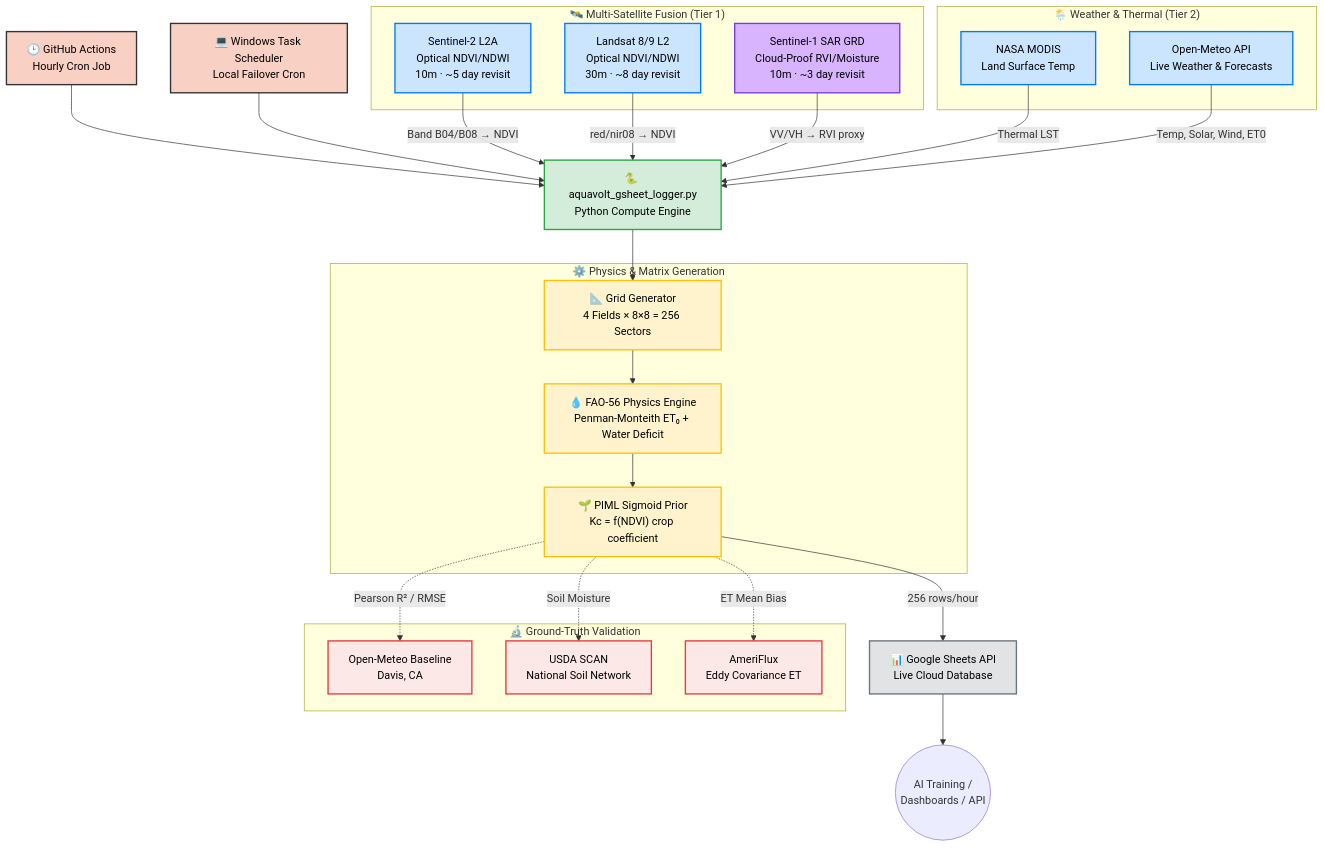
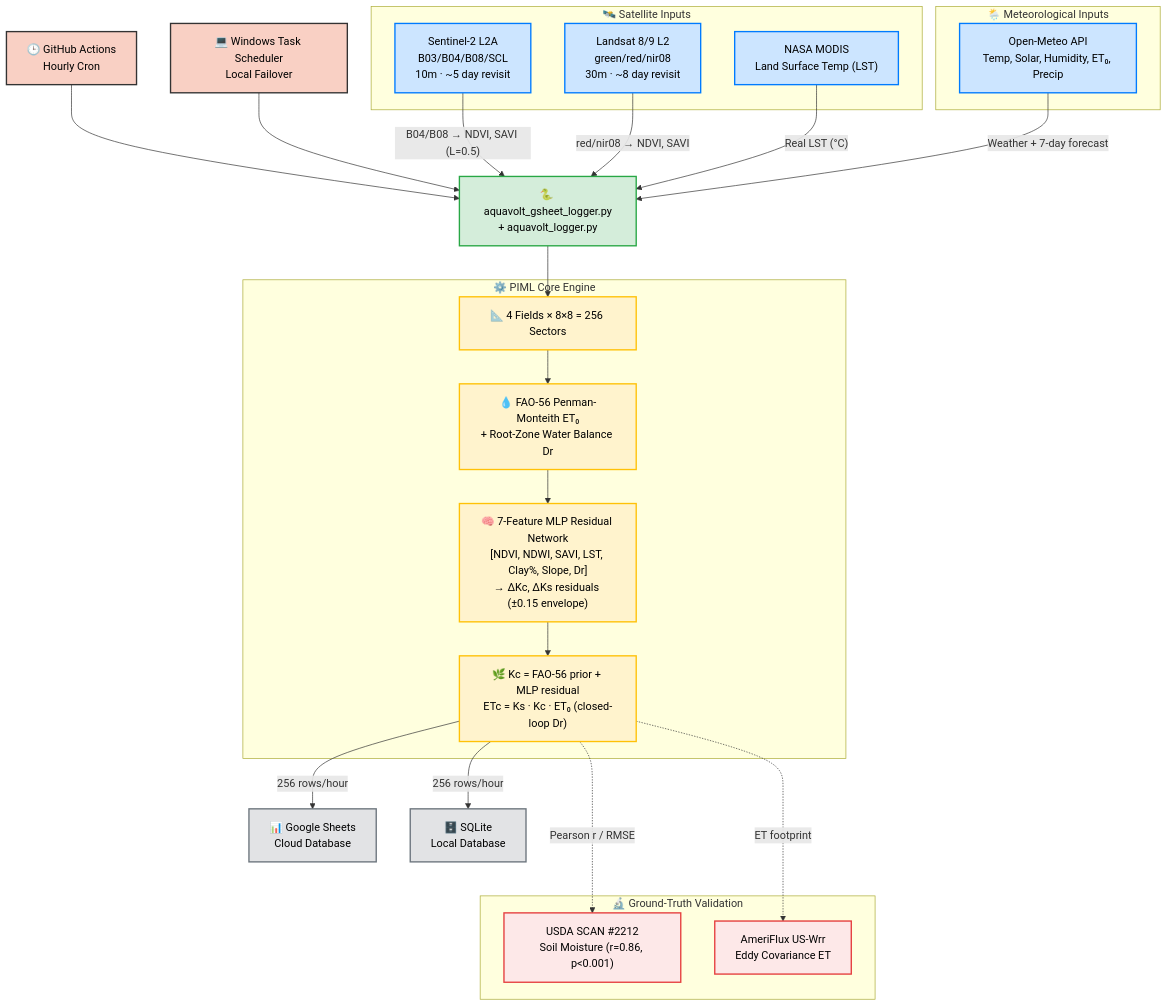
Before and after one commit to umertanveer25/aquavolt-ai-pk: the diagram in README.md, drawn with Mermaid. The commit also changed other lines of this file, not shown here.

Commit message:
docs: gold-standard README with honest validation metrics, correct equations, SCAN/AmeriFlux results, updated architecture diagram and roadmap

````diff
--- a/README.md
+++ b/README.md
@@ -148,65 +61,49 @@
 ```mermaid
 flowchart TD
-    %% Define Styles
     classDef trigger fill:#f9d0c4,stroke:#333,stroke-width:2px,color:#000
     classDef script fill:#d4edda,stroke:#28a745,stroke-width:2px,color:#000
     classDef external fill:#cce5ff,stroke:#007bff,stroke-width:2px,color:#000
-    classDef sar fill:#d8b4fe,stroke:#7c3aed,stroke-width:2px,color:#000
     classDef processing fill:#fff3cd,stroke:#ffc107,stroke-width:2px,color:#000
     classDef database fill:#e2e3e5,stroke:#6c757d,stroke-width:2px,color:#000
     classDef validation fill:#fde8e8,stroke:#e53e3e,stroke-width:2px,color:#000
 
-    %% Trigger
-    A[🕒 GitHub Actions<br/>Hourly Cron Job]:::trigger --> B
-    A2[💻 Windows Task Scheduler<br/>Local Failover Cron]:::trigger --> B
+    A[🕒 GitHub Actions<br/>Hourly Cron]:::trigger --> B
+    A2[💻 Windows Task Scheduler<br/>Local Failover]:::trigger --> B
 
-    %% Main Execution
-    B[🐍 aquavolt_gsheet_logger.py<br/>Python Compute Engine]:::script
+    B[🐍 aquavolt_gsheet_logger.py<br/>+ aquavolt_logger.py]:::script
 
-    %% External Data APIs
-    subgraph SatLayer ["🛰️ Multi-Satellite Fusion (Tier 1)"]
-        C1["Sentinel-2 L2A<br/>Optical NDVI/NDWI<br/>10m · ~5 day revisit"]:::external
-        C1b["Landsat 8/9 L2<br/>Optical NDVI/NDWI<br/>30m · ~8 day revisit"]:::external
-        C1c["Sentinel-1 SAR GRD<br/>Cloud-Proof RVI/Moisture<br/>10m · ~3 day revisit"]:::sar
+    subgraph SatLayer ["🛰️ Satellite Inputs"]
+        C1["Sentinel-2 L2A<br/>B03/B04/B08/SCL<br/>10m · ~5 day revisit"]:::external
+        C1b["Landsat 8/9 L2<br/>green/red/nir08<br/>30m · ~8 day revisit"]:::external
+        C2["NASA MODIS<br/>Land Surface Temp (LST)"]:::external
     end
 
-    subgraph WeatherLayer ["🌦️ Weather & Thermal (Tier 2)"]
-        C2["NASA MODIS<br/>Land Surface Temp"]:::external
-        C3["Open-Meteo API<br/>Live Weather & Forecasts"]:::external
+    subgraph WeatherLayer ["🌦️ Meteorological Inputs"]
+        C3["Open-Meteo API<br/>Temp, Solar, Humidity, ET₀, Precip"]:::external
     end
 
-    %% API Connections
-    C1  -->|"Band B04/B08 → NDVI"| B
-    C1b -->|"red/nir08 → NDVI"| B
-    C1c -->|"VV/VH → RVI proxy"| B
-    C2  -->|"Thermal LST"| B
-    C3  -->|"Temp, Solar, Wind, ET0"| B
+    C1  -->|"B04/B08 → NDVI, SAVI (L=0.5)"| B
+    C1b -->|"red/nir08 → NDVI, SAVI"| B
+    C2  -->|"Real LST (°C)"| B
+    C3  -->|"Weather + 7-day forecast"| B
 
-    %% Processing Logic
-    subgraph PIML Processing ["⚙️ Physics & Matrix Generation"]
-        D1["📐 Grid Generator<br/>4 Fields × 8×8 = 256 Sectors"]:::processing
-        D2["💧 FAO-56 Physics Engine<br/>Penman-Monteith ET₀ + Water Deficit"]:::processing
-        D3["🌱 PIML Sigmoid Prior<br/>Kc = f(NDVI) crop coefficient"]:::processing
+    subgraph PIMLCore ["⚙️ PIML Core Engine"]
+        D1["📐 4 Fields × 8×8 = 256 Sectors"]:::processing
+        D2["💧 FAO-56 Penman-Monteith ET₀<br/>+ Root-Zone Water Balance Dr"]:::processing
+        D3["🧠 7-Feature MLP Residual Network<br/>[NDVI, NDWI, SAVI, LST, Clay%, Slope, Dr]<br/>→ ΔKc, ΔKs residuals (±0.15 envelope)"]:::processing
+        D4["🌿 Kc = FAO-56 prior + MLP residual<br/>ETc = Ks · Kc · ET₀ (closed-loop Dr)"]:::processing
     end
 
-    B --> D1
-    D1 --> D2
-    D2 --> D3
+    B --> D1 --> D2 --> D3 --> D4
 
-    %% Validation Layer
     subgraph ValLayer ["🔬 Ground-Truth Validation"]
-        V1["Open-Meteo Baseline<br/>Davis, CA"]:::validation
-        V2["USDA SCAN<br/>National Soil Network"]:::validation
-        V3["AmeriFlux<br/>Eddy Covariance ET"]:::validation
+        V1["USDA SCAN #2212<br/>Soil Moisture (r=0.86, p<0.001)"]:::validation
+        V2["AmeriFlux US-Wrr<br/>Eddy Covariance ET"]:::validation
     end
 
-    D3 -.->|"Pearson R² / RMSE"| V1
-    D3 -.->|"Soil Moisture"| V2
-    D3 -.->|"ET Mean Bias"| V3
+    D4 -..->|"Pearson r / RMSE"| V1
+    D4 -..->|"ET footprint"| V2
 
-    %% Storage Output
-    D3 -->|"256 rows/hour"| E["📊 Google Sheets API<br/>Live Cloud Database"]:::database
-
-    %% End Use
-    E --> F(("AI Training /<br/>Dashboards / API"))
+    D4 -->|"256 rows/hour"| E["📊 Google Sheets<br/>Cloud Database"]:::database
+    D4 -->|"256 rows/hour"| E2["🗄️ SQLite<br/>Local Database"]:::database
 ```
````
